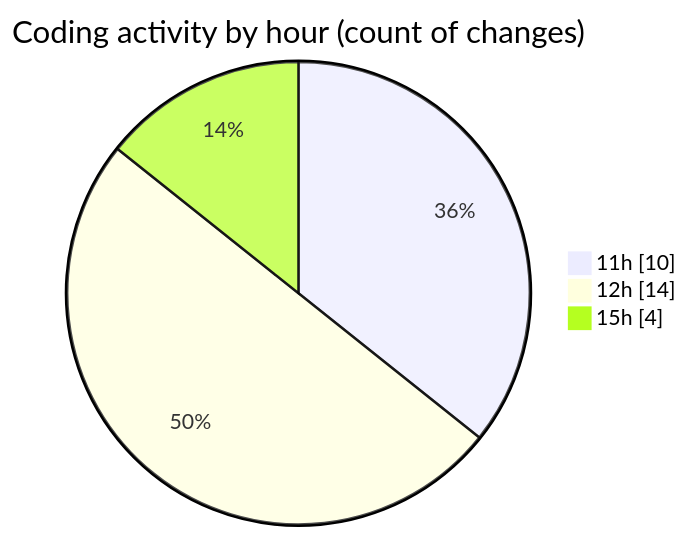
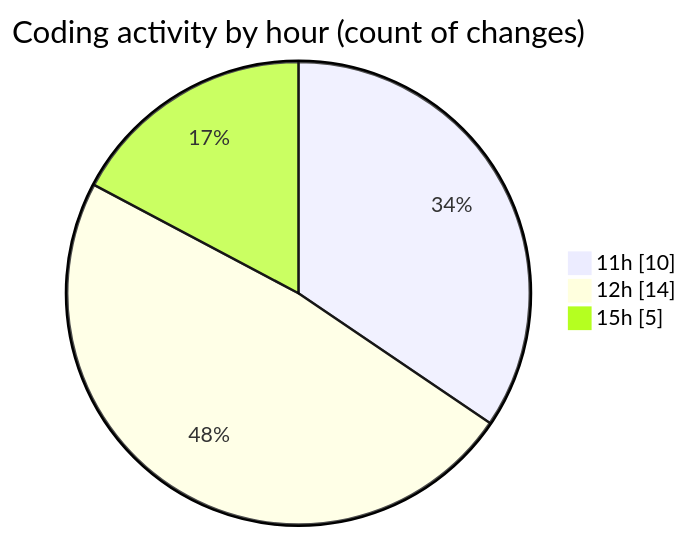
One commit to debugP/code-tracking changed the second of 2 diagrams in 2025-09-24/plugins/README.md. Above: the diagram before and after it, drawn with Mermaid. The commit also changed other lines of this file and 1 other file, not shown here.

````diff
--- a/2025-09-24/plugins/README.md
+++ b/2025-09-24/plugins/README.md
@@ -28,7 +28,7 @@
 ```mermaid
 pie showData
 title Coding activity by hour (count of changes)
 "11h" : 10
 "12h" : 14
-"15h" : 4
+"15h" : 5
 ```
````
